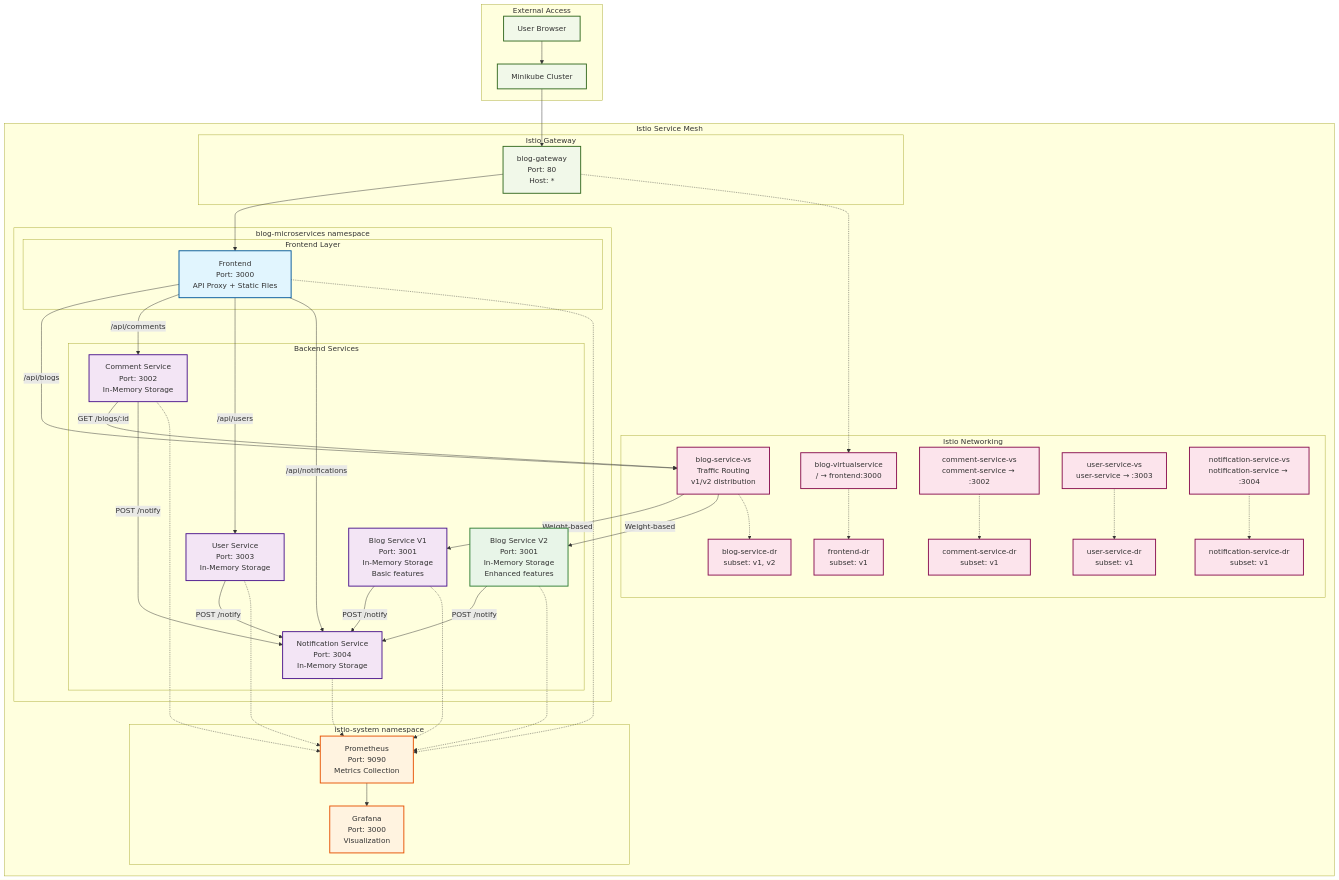
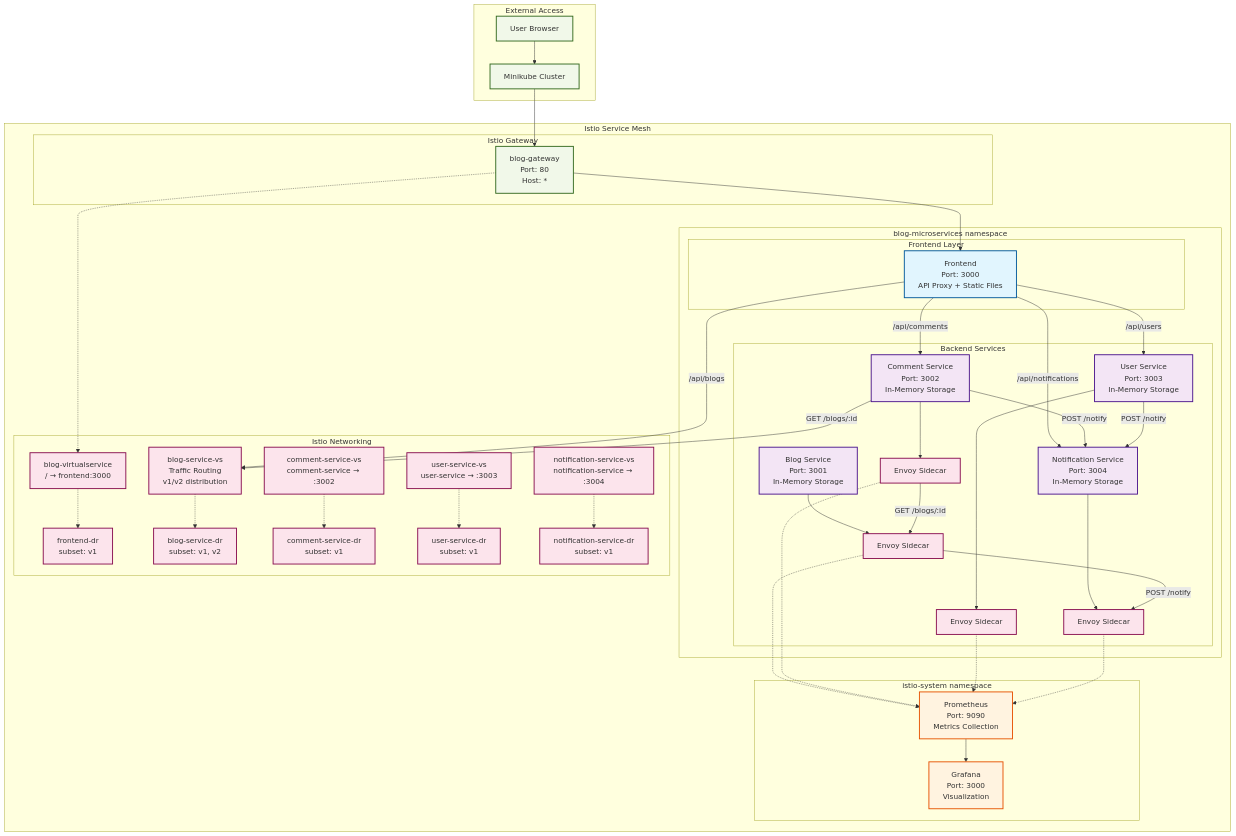
The first of 15 diagrams in docs/architecture-diagrams.md (vvt911/blog-microservices), drawn with Mermaid before and after one commit.

Commit message:
update diagram

```diff
--- a/docs/architecture-diagrams.md
+++ b/docs/architecture-diagrams.md
@@ -20,11 +20,17 @@
             end
             
             subgraph "Backend Services"
-                BlogServiceV1[Blog Service V1<br/>Port: 3001<br/>In-Memory Storage<br/>Basic features]
-                BlogServiceV2[Blog Service V2<br/>Port: 3001<br/>In-Memory Storage<br/>Enhanced features]
+                BlogService[Blog Service<br/>Port: 3001<br/>In-Memory Storage]
+                BlogProxy[Envoy Sidecar]
+                
                 CommentService[Comment Service<br/>Port: 3002<br/>In-Memory Storage]
+                CommentProxy[Envoy Sidecar]
+                
                 UserService[User Service<br/>Port: 3003<br/>In-Memory Storage]
+                UserProxy[Envoy Sidecar]
+                
                 NotificationService[Notification Service<br/>Port: 3004<br/>In-Memory Storage]
+                NotificationProxy[Envoy Sidecar]
             end
         end
         
@@ -59,13 +65,15 @@
     Frontend --> |/api/users| UserService
     Frontend --> |/api/notifications| NotificationService
     
-    %% Traffic Routing to Blog Services
-    VS2 --> |Weight-based| BlogServiceV1
-    VS2 --> |Weight-based| BlogServiceV2
+    %% Service to Proxy Connections
+    BlogService --> BlogProxy
+    CommentService --> CommentProxy
+    UserService --> UserProxy
+    NotificationService --> NotificationProxy
     
-    %% Inter-Service Communication
-    BlogServiceV1 --> |POST /notify| NotificationService
-    BlogServiceV2 --> |POST /notify| NotificationService
+    %% Inter-Service Communication via Proxies
+    BlogProxy --> |POST /notify| NotificationProxy
+    CommentProxy --> |GET /blogs/:id| BlogProxy
     CommentService --> |GET /blogs/:id| VS2
     CommentService --> |POST /notify| NotificationService
     UserService --> |POST /notify| NotificationService
@@ -79,12 +87,10 @@
     VS5 -.-> DR5
     
     %% Monitoring (Envoy Sidecar)
-    Frontend -.-> Prometheus
-    BlogServiceV1 -.-> Prometheus
-    BlogServiceV2 -.-> Prometheus
-    CommentService -.-> Prometheus
-    UserService -.-> Prometheus
-    NotificationService -.-> Prometheus
+    BlogProxy -.-> Prometheus
+    CommentProxy -.-> Prometheus
+    UserProxy -.-> Prometheus
+    NotificationProxy -.-> Prometheus
     
     Prometheus --> Grafana
     
@@ -98,8 +104,8 @@
     classDef traffic fill:#fff9c4,stroke:#f57f17,stroke-width:2px
     
     class Frontend frontend
-    class BlogServiceV1,CommentService,UserService,NotificationService backend
-    class BlogServiceV2 backendv2
+    class BlogService,CommentService,UserService,NotificationService backend
+    class BlogProxy,CommentProxy,UserProxy,NotificationProxy istio
     class Prometheus,Grafana monitoring
     class User,Minikube,Gateway external
     class VS1,VS2,VS3,VS4,VS5,DR1,DR2,DR3,DR4,DR5 istio
```
